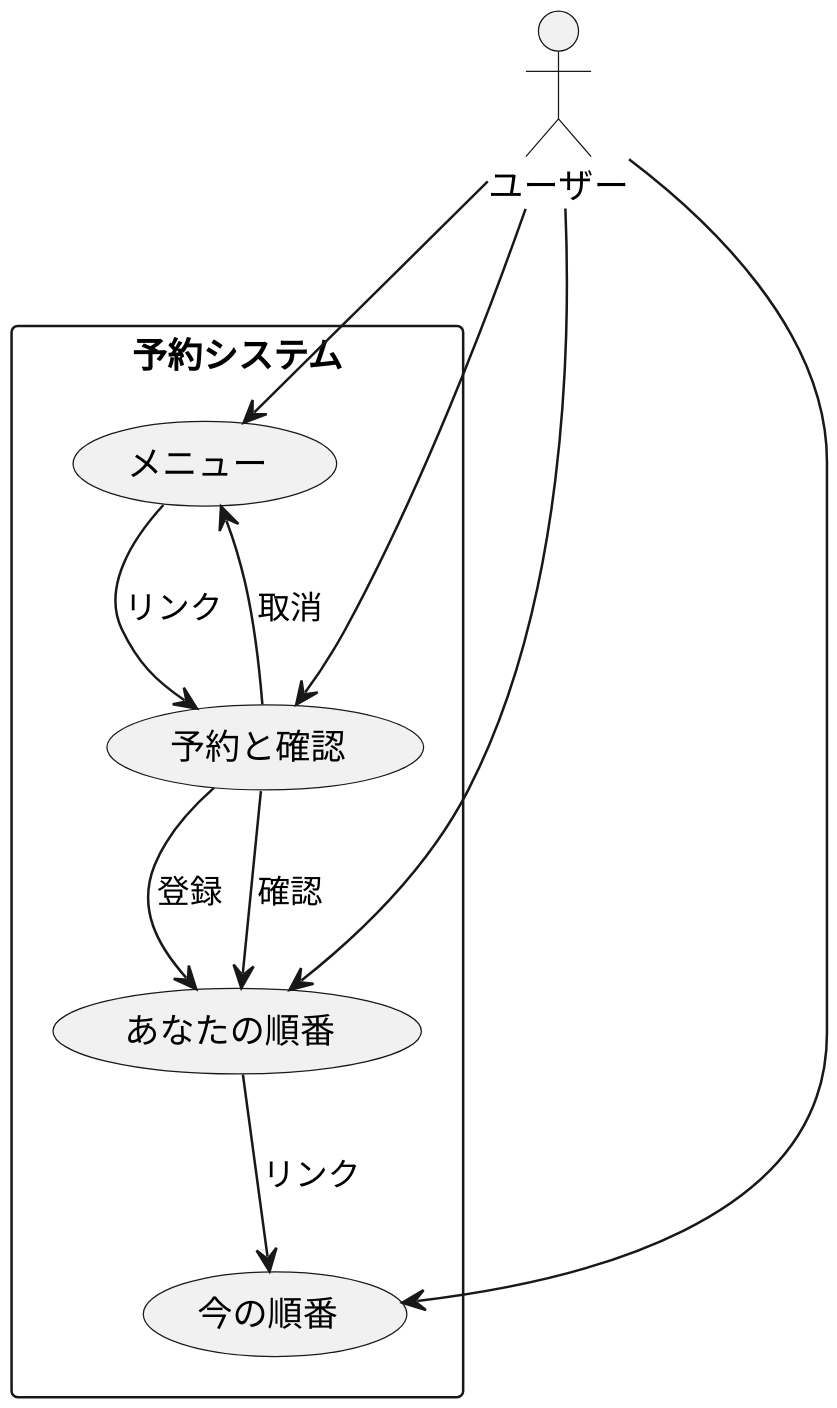
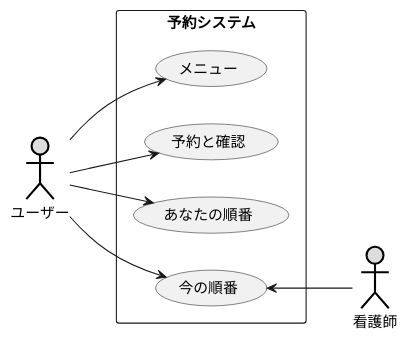
One commit to hosoya0503/uml-intro changed the diagram in 演習6-3_ユースケース図_診察予約システム.pu. Above: the diagram before and after it, drawn with PlantUML. The commit also changed 5 other files, not shown here.

```diff
--- a/演習6-3_ユースケース図_診察予約システム.pu
+++ b/演習6-3_ユースケース図_診察予約システム.pu
@@ -1,21 +1,19 @@
 @startuml 診察予約
-
-scale 800 width
-
-actor ユーザー as User
+left to right direction
+actor ユーザー #DDDDDD;line:black;line.bold;
+actor 看護師 #DDDDDD;line:black;line.bold;
 
 rectangle 予約システム {
-  User --> (メニュー)
-  User --> (予約と確認)
-  User --> (あなたの順番)
-  User --> (今の順番)
-  
-  (予約と確認) --> (あなたの順番) : 登録
-  (予約と確認) --> (あなたの順番) : 確認
-  (予約と確認) --> (メニュー) : 取消
-  
-  (メニュー) --> (予約と確認) : リンク
-  (あなたの順番) --> (今の順番) : リンク
+  usecase (メニュー)
+  usecase (予約と確認)
+  usecase (あなたの順番)
+  usecase (今の順番)
+  ユーザー --> (メニュー)
+  ユーザー --> (予約と確認)
+  ユーザー --> (あなたの順番)
+  ユーザー --> (今の順番)
+  (今の順番) <-- 看護師
+
 }
 
 @enduml
```
